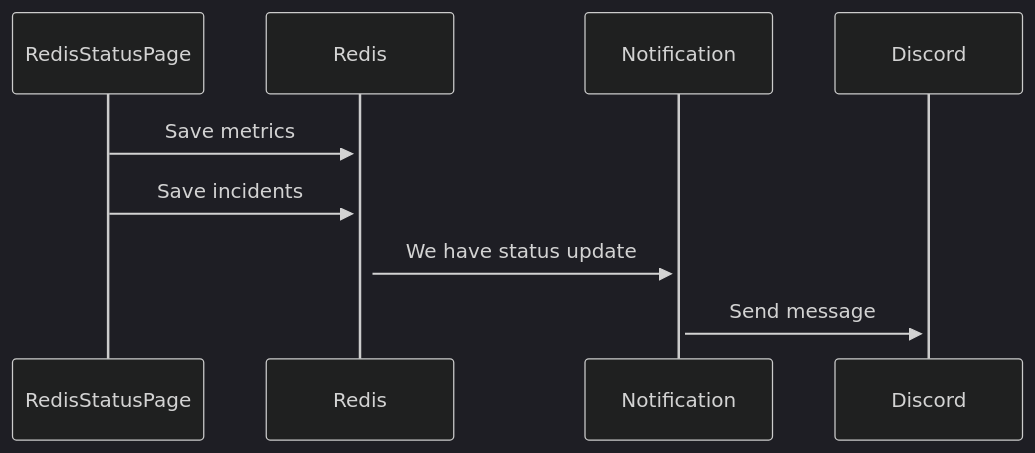
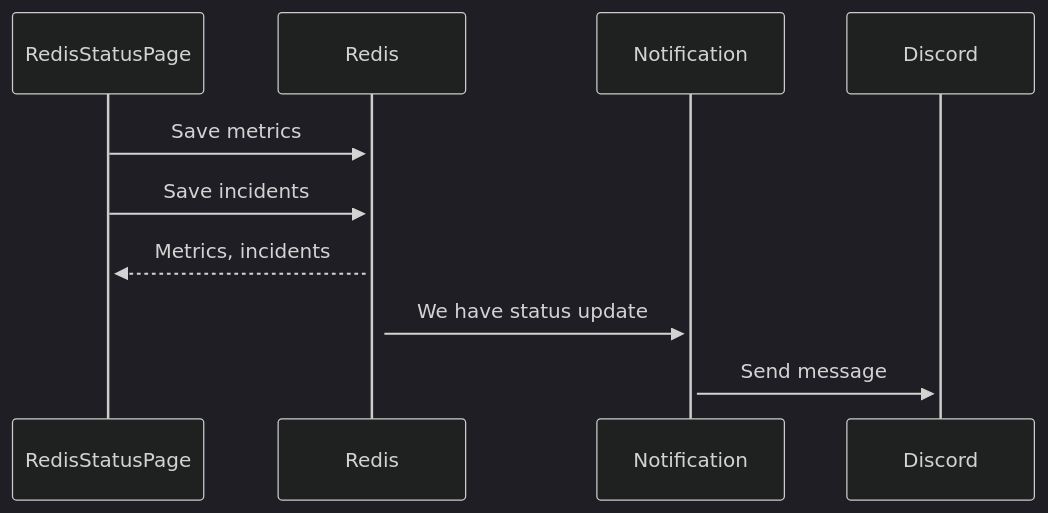
The diagram in readme.md (fahminlb33/RedisStatusPage), drawn with Mermaid (dark theme) before and after one commit.

Commit message:
Update sequence diagram

````diff
--- a/readme.md
+++ b/readme.md
@@ -32,7 +32,8 @@
 ```mermaid
 sequenceDiagram
     RedisStatusPage->>+Redis: Save metrics
     RedisStatusPage->>+Redis: Save incidents
+    Redis-->>+RedisStatusPage: Metrics, incidents
     Redis->>+Notification: We have status update
     Notification->>+Discord: Send message
 ```
````
